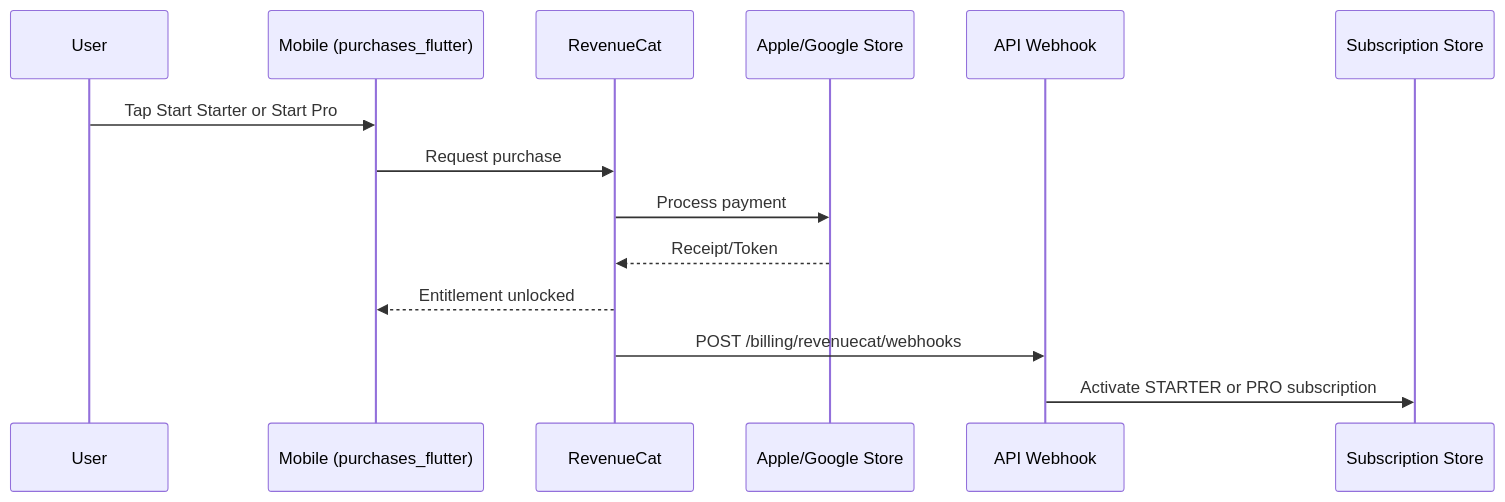
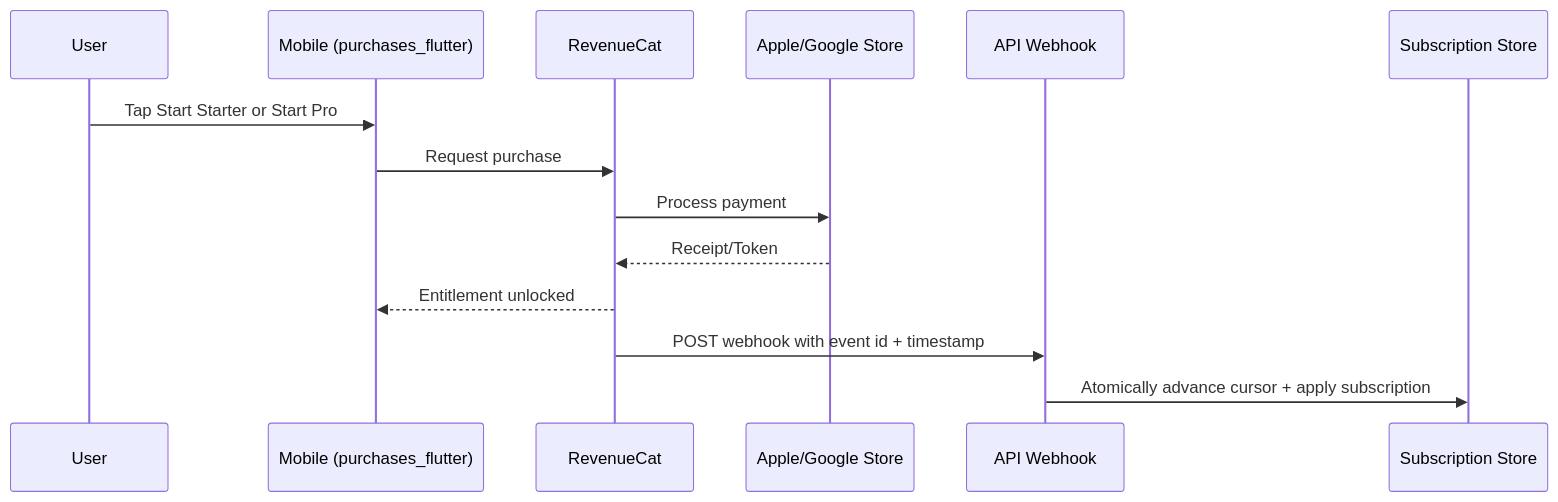
The third of 8 diagrams in ARCHITECTURE.md (NOI56/PostDeeMobile), drawn with Mermaid before and after one commit. The commit also changed other lines of this file and 45 other files, not shown here.

````diff
--- a/ARCHITECTURE.md
+++ b/ARCHITECTURE.md
@@ -446,17 +450,17 @@
 ```mermaid
 sequenceDiagram
   participant U as User
   participant M as Mobile (purchases_flutter)
   participant RC as RevenueCat
   participant Store as Apple/Google Store
   participant A as API Webhook
   participant DB as Subscription Store
 
   U->>M: Tap Start Starter or Start Pro
   M->>RC: Request purchase
   RC->>Store: Process payment
   Store-->>RC: Receipt/Token
   RC-->>M: Entitlement unlocked
-  RC->>A: POST /billing/revenuecat/webhooks
-  A->>DB: Activate STARTER or PRO subscription
+  RC->>A: POST webhook with event id + timestamp
+  A->>DB: Atomically advance cursor + apply subscription
 ```
````
